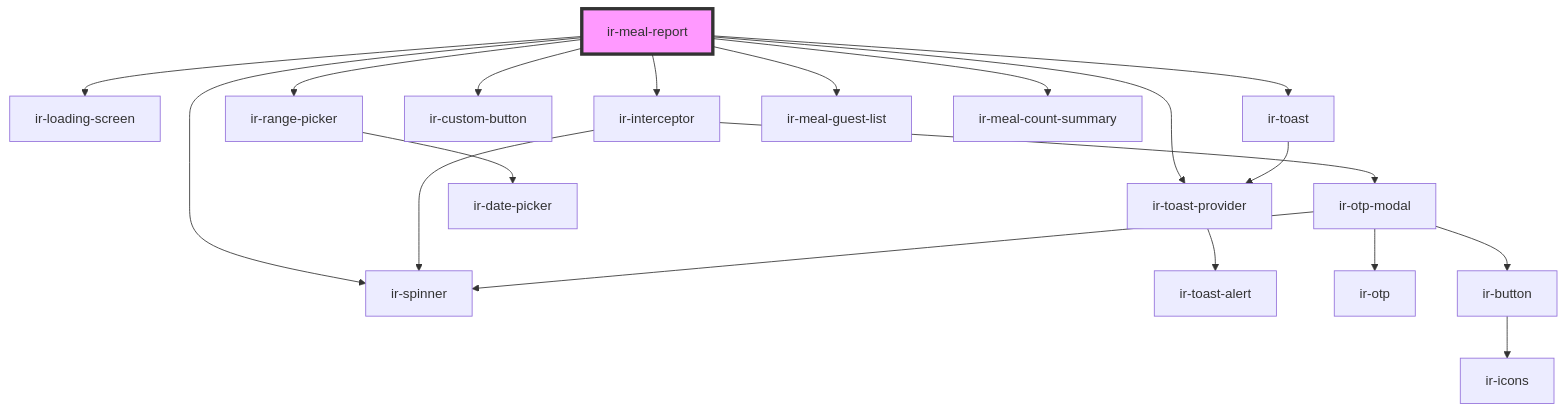
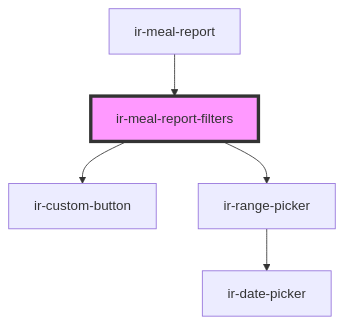
One commit to RonyRizk/ir-webcmp changed the diagram in src/components/ir-meal-report/readme.md. Above: the diagram before and after it, drawn with Mermaid. The commit also changed other lines of this file and 6 other files, not shown here.

Commit message:
Meal report & GHS on boarding

````diff
--- a/src/components/ir-meal-report/readme.md
+++ b/src/components/ir-meal-report/readme.md
@@ -33,22 +45,8 @@
 ```mermaid
 graph TD;
-  ir-meal-report --> ir-loading-screen
-  ir-meal-report --> ir-toast
-  ir-meal-report --> ir-interceptor
-  ir-meal-report --> ir-custom-button
-  ir-meal-report --> ir-range-picker
-  ir-meal-report --> ir-spinner
-  ir-meal-report --> ir-meal-guest-list
-  ir-meal-report --> ir-meal-count-summary
-  ir-meal-report --> ir-toast-provider
-  ir-toast --> ir-toast-provider
-  ir-toast-provider --> ir-toast-alert
-  ir-interceptor --> ir-spinner
-  ir-interceptor --> ir-otp-modal
-  ir-otp-modal --> ir-spinner
-  ir-otp-modal --> ir-otp
-  ir-otp-modal --> ir-button
-  ir-button --> ir-icons
+  ir-meal-report-filters --> ir-custom-button
+  ir-meal-report-filters --> ir-range-picker
   ir-range-picker --> ir-date-picker
-  style ir-meal-report fill:#f9f,stroke:#333,stroke-width:4px
+  ir-meal-report --> ir-meal-report-filters
+  style ir-meal-report-filters fill:#f9f,stroke:#333,stroke-width:4px
 ```
````
